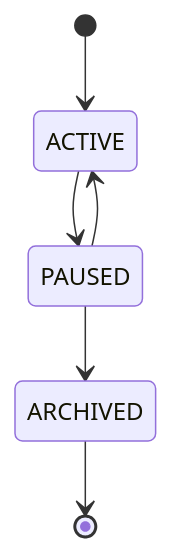
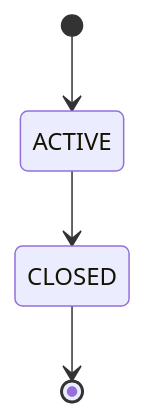
The eighth of 9 diagrams in docs_manual/lifecycle.md (etherisc/gif-next), drawn with Mermaid before and after one commit. The commit also changed other lines of this file and 11 other files, not shown here.

````diff
--- a/docs_manual/lifecycle.md
+++ b/docs_manual/lifecycle.md
@@ -90,8 +87,6 @@
 ```mermaid
 stateDiagram-v2
     [*] --> ACTIVE
-    ACTIVE --> PAUSED
-    PAUSED --> ACTIVE
-    PAUSED --> ARCHIVED
-    ARCHIVED --> [*]
+    ACTIVE --> CLOSED
+    CLOSED --> [*]
 ```
````
